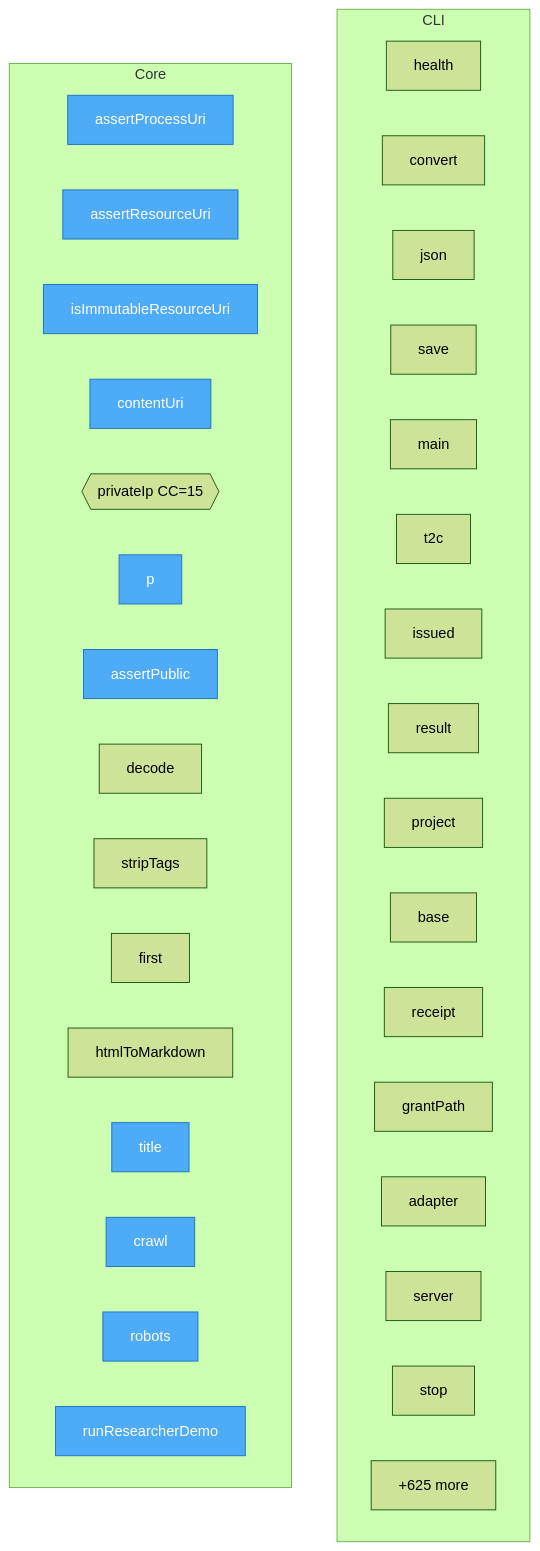
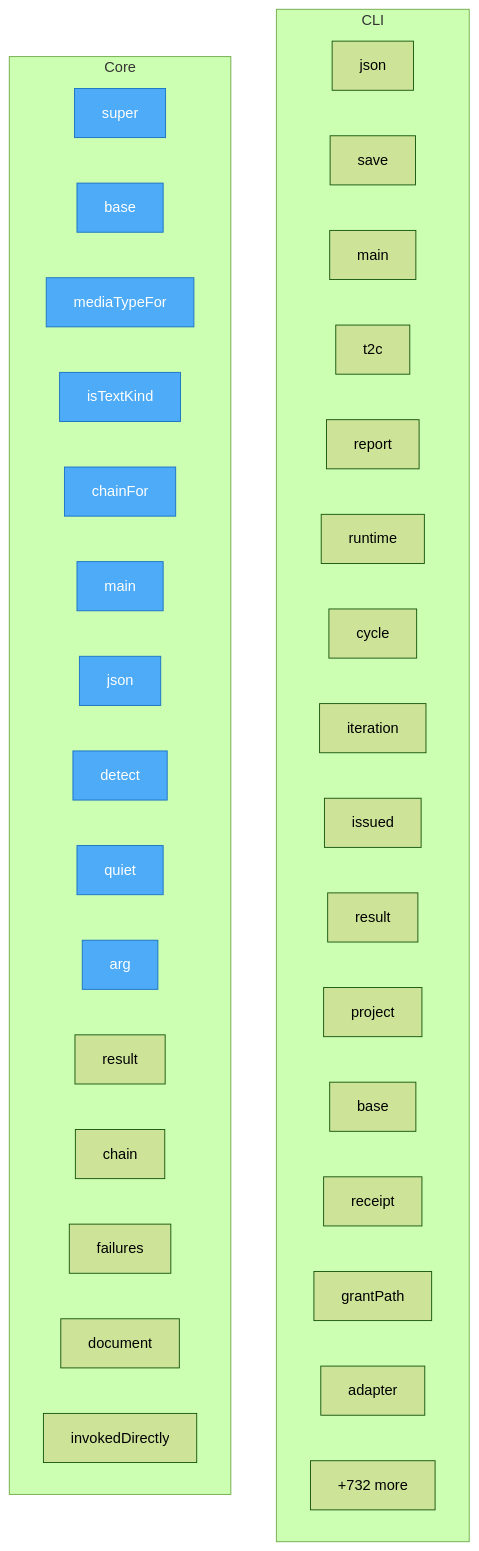
The diagram in project/flow.mmd (bioxfoundry/twin-dsl), drawn with Mermaid (forest theme) before and after one commit. The commit also changed 38 other files, not shown here.

```diff
--- a/project/flow.mmd
+++ b/project/flow.mmd
@@ -1,45 +1,45 @@
 flowchart TD
-%% generated in 0.01s
+%% generated in 0.02s
 
     %% Entry points (blue)
     classDef entry fill:#4dabf7,stroke:#1971c2,color:#fff
 
     subgraph CLI
-        deploy__docling__server__health["health"]
-        deploy__docling__server__convert["convert"]
         src__cli__main__json["json"]
         src__cli__main__save["save"]
         src__cli__main__main["main"]
         src__cli__main__t2c["t2c"]
+        src__cli__main__report["report"]
+        src__cli__main__runtime["runtime"]
+        src__cli__main__cycle["cycle"]
+        src__cli__main__iteration["iteration"]
         src__cli__main__issued["issued"]
         src__cli__main__result["result"]
         src__cli__main__project["project"]
         src__cli__main__base["base"]
         src__cli__main__receipt["receipt"]
         src__cli__main__grantPath["grantPath"]
         src__cli__main__adapter["adapter"]
-        src__cli__main__server["server"]
-        src__cli__main__stop["stop"]
-        ...["+4 more"]
+        ...["+8 more"]
     end
 
     subgraph Core
-        src__core__uri__assertProcessUri["assertProcessUri"]
-        src__core__uri__assertResourceUri["assertResourceUri"]
-        src__core__uri__isImmutableResourceUri["isImmutableResourceUri"]
-        src__core__canonical__contentUri["contentUri"]
-        src__research__crawler__privateIp{{privateIp CC=15}}
-        src__research__crawler__p["p"]
-        src__research__crawler__assertPublic["assertPublic"]
-        src__research__crawler__decode["decode"]
-        src__research__crawler__stripTags["stripTags"]
-        src__research__crawler__first["first"]
-        src__research__crawler__htmlToMarkdown["htmlToMarkdown"]
-        src__research__crawler__title["title"]
-        src__research__crawler__DqlCrawler__crawl["crawl"]
-        src__research__crawler__DqlCrawler__robots["robots"]
-        src__research__researcher__runResearcherDemo["runResearcherDemo"]
-        ...["+625 more"]
+        js__f2md__src__types__ExternalConverterRequired__super["super"]
+        js__f2md__src__detect__base["base"]
+        js__f2md__src__detect__mediaTypeFor["mediaTypeFor"]
+        js__f2md__src__detect__isTextKind["isTextKind"]
+        js__f2md__src__cli__chainFor["chainFor"]
+        js__f2md__src__cli__main["main"]
+        js__f2md__src__cli__json["json"]
+        js__f2md__src__cli__detect["detect"]
+        js__f2md__src__cli__quiet["quiet"]
+        js__f2md__src__cli__arg["arg"]
+        js__f2md__src__cli__result["result"]
+        js__f2md__src__cli__chain["chain"]
+        js__f2md__src__cli__failures["failures"]
+        js__f2md__src__cli__document["document"]
+        js__f2md__src__cli__invokedDirectly["invokedDirectly"]
+        ...["+732 more"]
     end
 
-    class src__core__uri__assertProcessUri,src__core__uri__assertResourceUri,src__core__uri__isImmutableResourceUri,src__core__canonical__contentUri,src__research__crawler__p,src__research__crawler__assertPublic,src__research__crawler__title,src__research__crawler__DqlCrawler__crawl,src__research__crawler__DqlCrawler__robots,src__research__researcher__runResearcherDemo entry
+    class js__f2md__src__types__ExternalConverterRequired__super,js__f2md__src__detect__base,js__f2md__src__detect__mediaTypeFor,js__f2md__src__detect__isTextKind,js__f2md__src__cli__chainFor,js__f2md__src__cli__main,js__f2md__src__cli__json,js__f2md__src__cli__detect,js__f2md__src__cli__quiet,js__f2md__src__cli__arg entry
```
